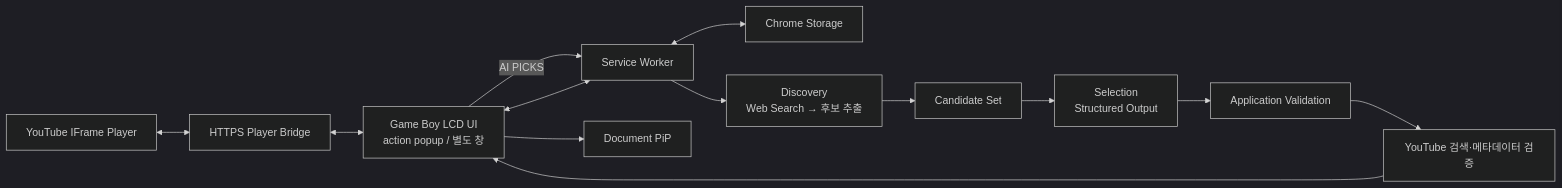
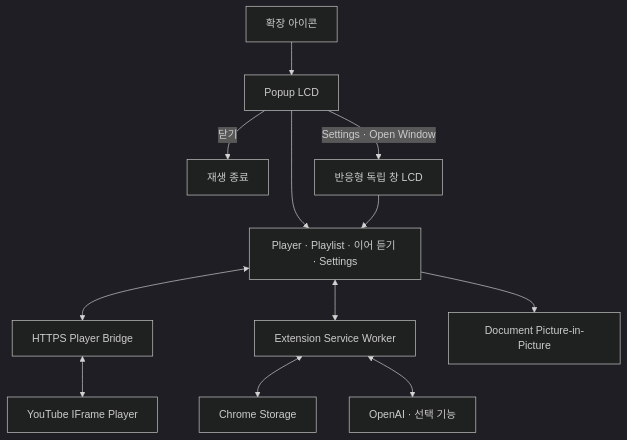
Before and after one commit to seoheejung/pixel-jukebox: the diagram in README.md, drawn with Mermaid (dark theme). The commit also changed other lines of this file and 31 other files, not shown here.

````diff
--- a/README.md
+++ b/README.md
@@ -95,29 +36,14 @@
 ```mermaid
-flowchart LR
-    YouTube["YouTube IFrame Player"]
-    Bridge["HTTPS Player Bridge"]
-    Worker["Service Worker"]
-    Panel["Game Boy LCD UI<br/>action popup / 별도 창"]
-    Storage["Chrome Storage"]
-    PiP["Document PiP"]
-
-    Discovery["Discovery<br/>Web Search → 후보 추출"]
-    Candidates["Candidate Set"]
-    Selection["Selection<br/>Structured Output"]
-    Validation["Application Validation"]
-    Resolver["YouTube 검색·메타데이터 검증"]
-
-    YouTube <--> Bridge
-    Bridge <--> Panel
-    Worker <--> Panel
-    Worker <--> Storage
-    Panel --> PiP
-
-    Panel -->|"AI PICKS"| Worker
-    Worker --> Discovery
-    Discovery --> Candidates
-    Candidates --> Selection
-    Selection --> Validation
-    Validation --> Resolver
-    Resolver --> Panel
+flowchart TD
+    Icon["확장 아이콘"] --> Popup["Popup LCD"]
+    Popup -->|닫기| Stop["재생 종료"]
+    Popup -->|Settings · Open Window| Window["반응형 독립 창 LCD"]
+    Popup --> UI["Player · Playlist · 이어 듣기 · Settings"]
+    Window --> UI
+    UI <--> Bridge["HTTPS Player Bridge"]
+    Bridge <--> YouTube["YouTube IFrame Player"]
+    UI <--> Worker["Extension Service Worker"]
+    Worker <--> Storage["Chrome Storage"]
+    Worker <--> OpenAI["OpenAI · 선택 기능"]
+    UI --> PiP["Document Picture-in-Picture"]
 ```
````
